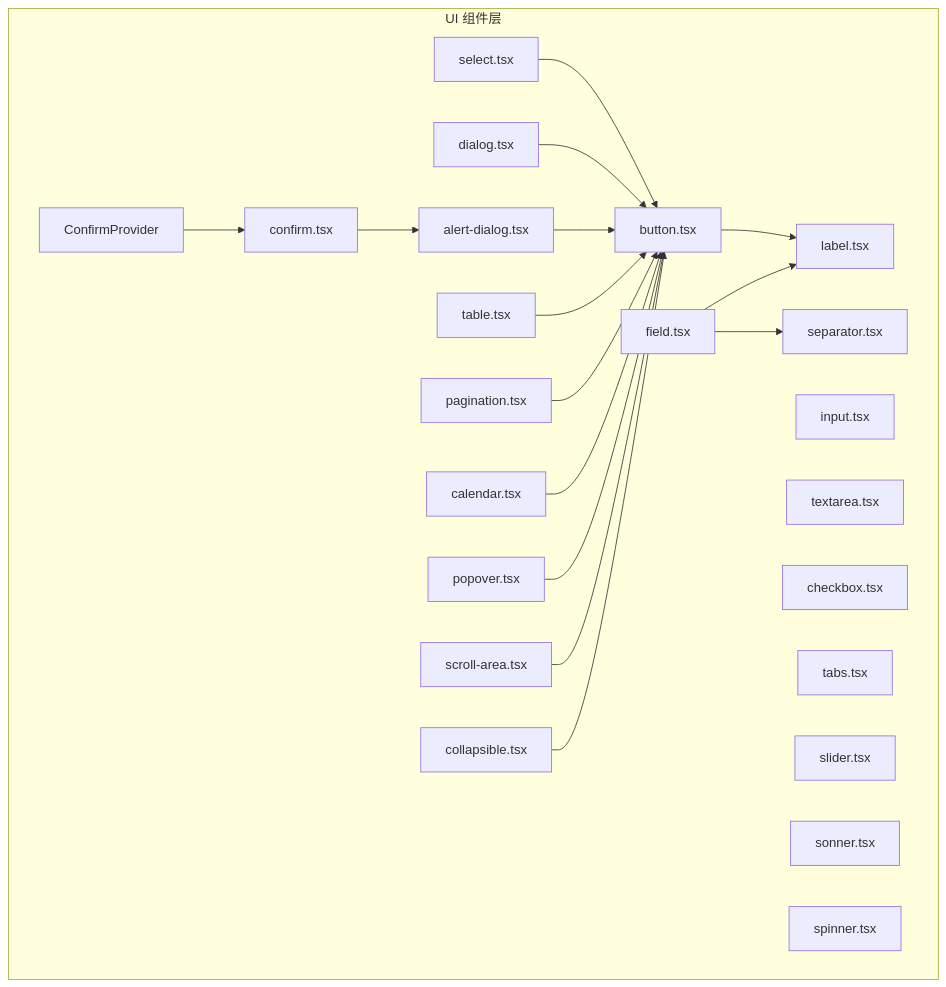
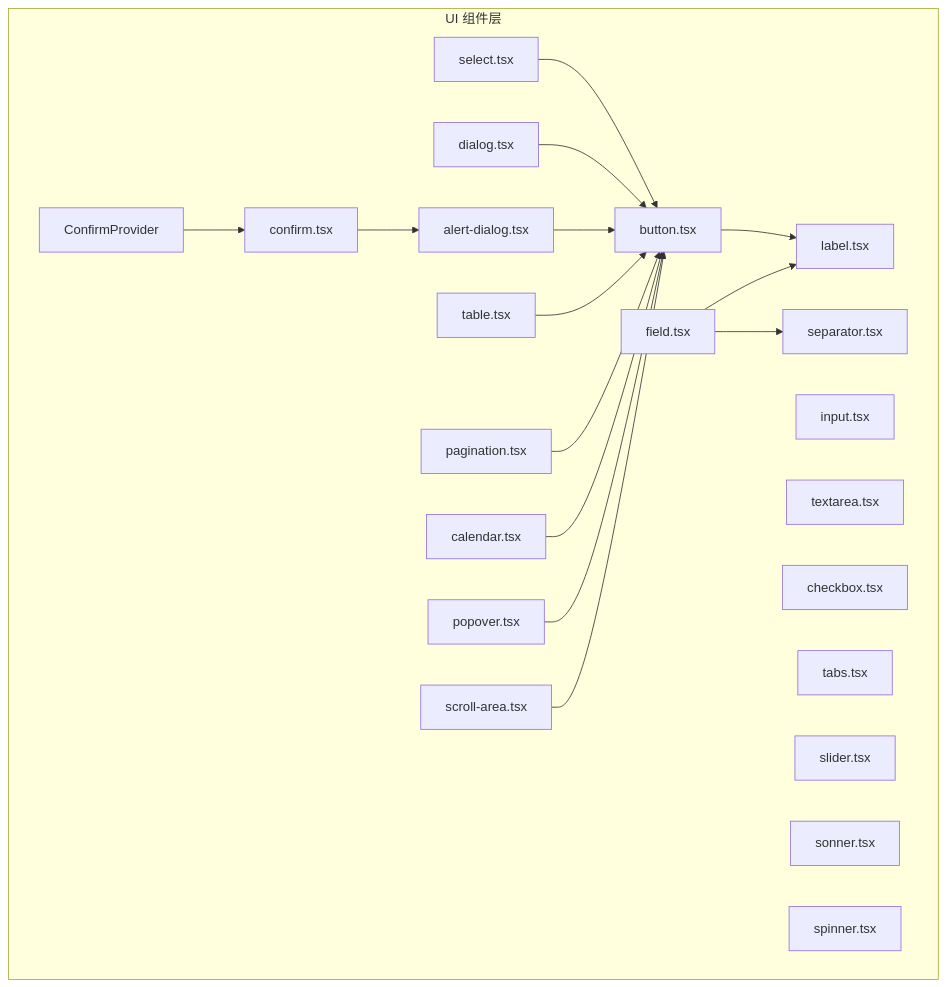
The first of 3 diagrams in .qoder/repowiki/zh/content/前端组件/UI 组件库.md (RadiumAg/AIGate), drawn with Mermaid before and after one commit. The commit also changed other lines of this file and 15 other files, not shown here.

````diff
--- a/.qoder/repowiki/zh/content/前端组件/UI 组件库.md
+++ b/.qoder/repowiki/zh/content/前端组件/UI 组件库.md
@@ -63,41 +63,39 @@
 ```mermaid
 graph TB
 subgraph "UI 组件层"
 BTN["button.tsx"]
 INP["input.tsx"]
 TXT["textarea.tsx"]
 CHK["checkbox.tsx"]
 SEL["select.tsx"]
 DLG["dialog.tsx"]
 TAB["tabs.tsx"]
 POP["popover.tsx"]
 SLI["slider.tsx"]
 SEP["separator.tsx"]
 SCR["scroll-area.tsx"]
 TBL["table.tsx"]
 PAG["pagination.tsx"]
 CAL["calendar.tsx"]
 LAB["label.tsx"]
 FLD["field.tsx"]
 SON["sonner.tsx"]
 SPI["spinner.tsx"]
 ALERT["alert-dialog.tsx"]
 CONFIRM["confirm.tsx"]
 PROVIDER["ConfirmProvider"]
-COLL["collapsible.tsx"]
 end
 BTN --> LAB
 SEL --> BTN
 DLG --> BTN
 ALERT --> BTN
 CONFIRM --> ALERT
 PROVIDER --> CONFIRM
 TBL --> BTN
 PAG --> BTN
 CAL --> BTN
 FLD --> LAB
 FLD --> SEP
 POP --> BTN
 SCR --> BTN
-COLL --> BTN
 ```
````
